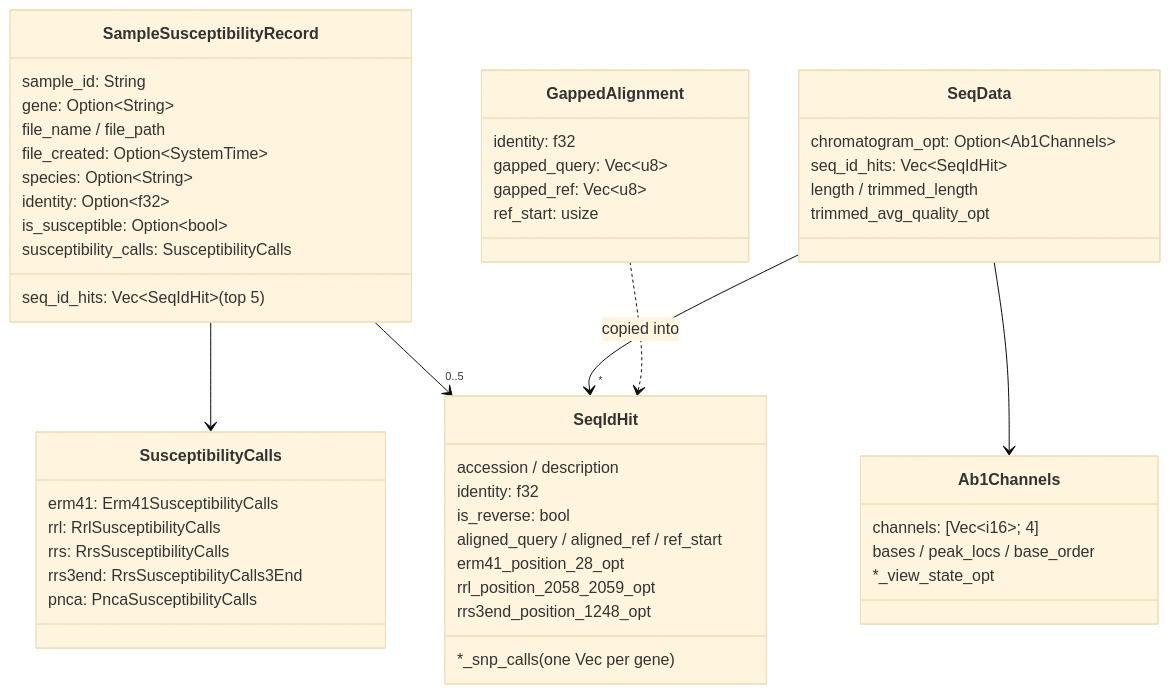
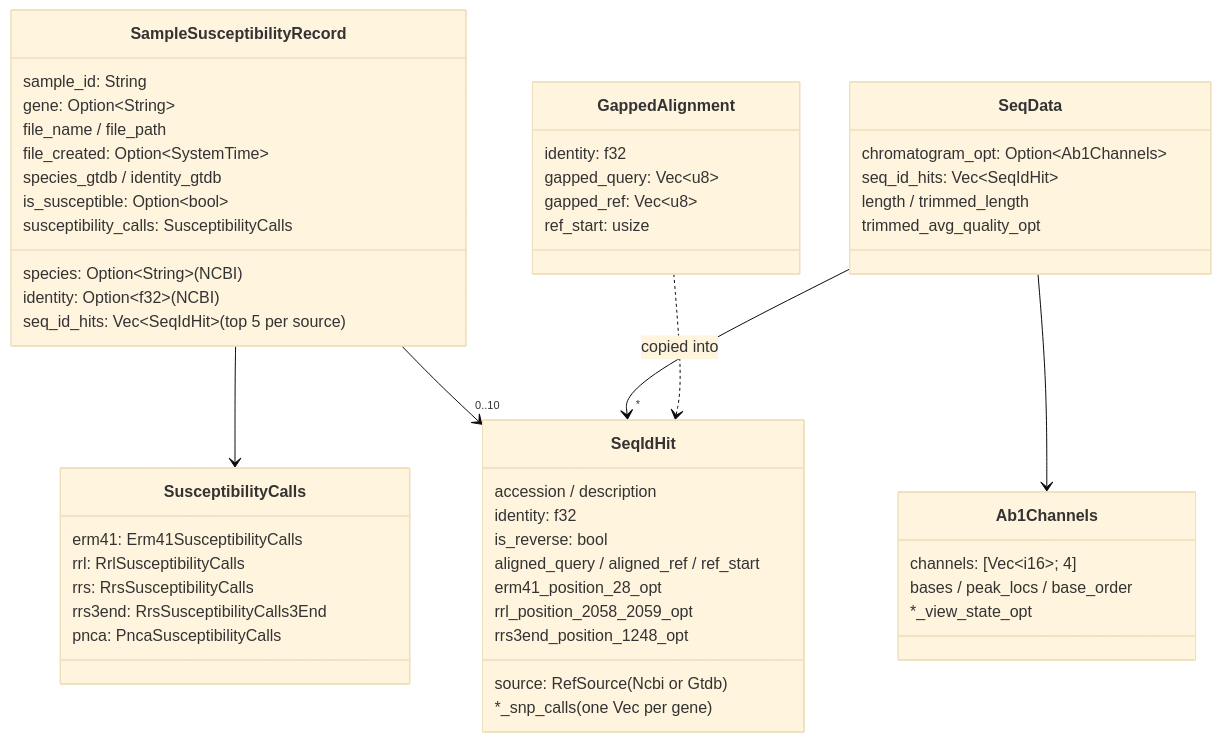
The sixth of 6 diagrams in src/sequencing/README.md (michaelmeuli/cosmic-files), drawn with Mermaid (base theme) before and after one commit. The commit also changed other lines of this file and 15 other files, not shown here.

First line of the commit message:
Separate NCBI and GTDB species identification

````diff
--- a/src/sequencing/README.md
+++ b/src/sequencing/README.md
@@ -284,53 +282,55 @@
 ```mermaid
 classDiagram
     class SampleSusceptibilityRecord {
         sample_id: String
         gene: Option~String~
         file_name / file_path
         file_created: Option~SystemTime~
-        species: Option~String~
-        identity: Option~f32~
+        species: Option~String~ (NCBI)
+        identity: Option~f32~ (NCBI)
+        species_gtdb / identity_gtdb
         is_susceptible: Option~bool~
         susceptibility_calls: SusceptibilityCalls
-        seq_id_hits: Vec~SeqIdHit~ (top 5)
+        seq_id_hits: Vec~SeqIdHit~ (top 5 per source)
     }
     class SusceptibilityCalls {
         erm41: Erm41SusceptibilityCalls
         rrl: RrlSusceptibilityCalls
         rrs: RrsSusceptibilityCalls
         rrs3end: RrsSusceptibilityCalls3End
         pnca: PncaSusceptibilityCalls
     }
     class SeqIdHit {
         accession / description
+        source: RefSource (Ncbi or Gtdb)
         identity: f32
         is_reverse: bool
         aligned_query / aligned_ref / ref_start
         *_snp_calls (one Vec per gene)
         erm41_position_28_opt
         rrl_position_2058_2059_opt
         rrs3end_position_1248_opt
     }
     class GappedAlignment {
         identity: f32
         gapped_query: Vec~u8~
         gapped_ref: Vec~u8~
         ref_start: usize
     }
     class SeqData {
         chromatogram_opt: Option~Ab1Channels~
         seq_id_hits: Vec~SeqIdHit~
         length / trimmed_length
         trimmed_avg_quality_opt
     }
     class Ab1Channels {
         channels: [Vec~i16~; 4]
         bases / peak_locs / base_order
         *_view_state_opt
     }
     SampleSusceptibilityRecord --> SusceptibilityCalls
-    SampleSusceptibilityRecord --> "0..5" SeqIdHit
+    SampleSusceptibilityRecord --> "0..10" SeqIdHit
     SeqData --> Ab1Channels
     SeqData --> "*" SeqIdHit
     GappedAlignment ..> SeqIdHit : copied into
 ```
````
